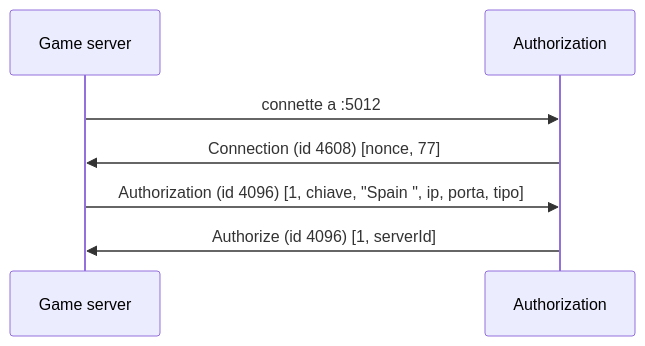
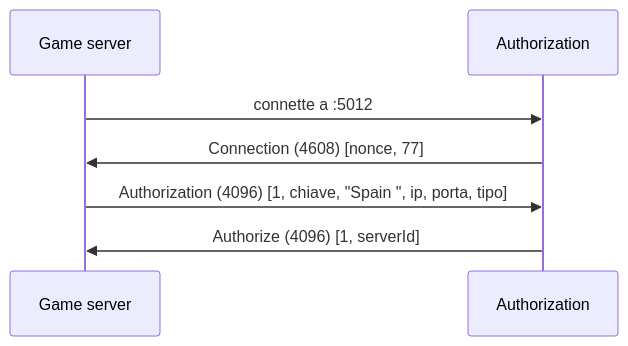
The third of 3 diagrams in Protocollo WarRock.md (pepisuge/wr-server), drawn with Mermaid before and after one commit. The commit also changed other lines of this file and 13 other files, not shown here.

````diff
--- a/Protocollo WarRock.md
+++ b/Protocollo WarRock.md
@@ -53,9 +313,9 @@
 ```mermaid
 sequenceDiagram
     participant G as Game server
     participant A as Authorization
     G->>A: connette a :5012
-    A->>G: Connection (id 4608) [nonce, 77]
-    G->>A: Authorization (id 4096) [1, chiave, "Spain ", ip, porta, tipo]
-    A->>G: Authorize (id 4096) [1, serverId]
+    A->>G: Connection (4608) [nonce, 77]
+    G->>A: Authorization (4096) [1, chiave, "Spain ", ip, porta, tipo]
+    A->>G: Authorize (4096) [1, serverId]
 ```
````
